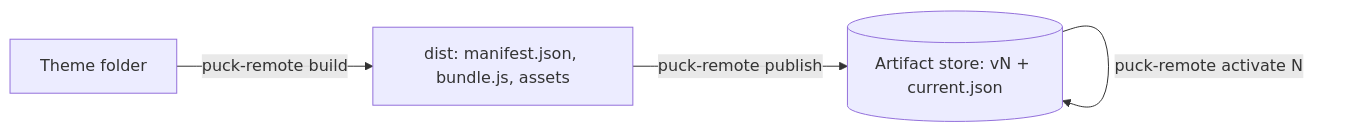
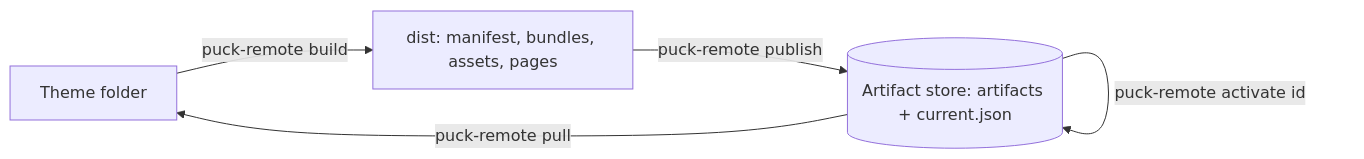
Before and after one commit to 0ctanium/puckremote: the diagram in apps/docs/content/docs/cli/index.mdx, drawn with Mermaid. The commit also changed other lines of this file and 184 other files, not shown here.

````diff
--- a/apps/docs/content/docs/cli/index.mdx
+++ b/apps/docs/content/docs/cli/index.mdx
@@ -15,6 +15,7 @@
 ```mermaid
 graph LR
-  T[Theme folder] -->|puck-remote build| D[dist: manifest.json, bundle.js, assets]
-  D -->|puck-remote publish| S[(Artifact store: vN + current.json)]
-  S -->|puck-remote activate N| S
+  T[Theme folder] -->|puck-remote build| D[dist: manifest, bundles, assets, pages]
+  D -->|puck-remote publish| S[(Artifact store: artifacts + current.json)]
+  S -->|puck-remote pull| T
+  S -->|puck-remote activate id| S
 ```
````
